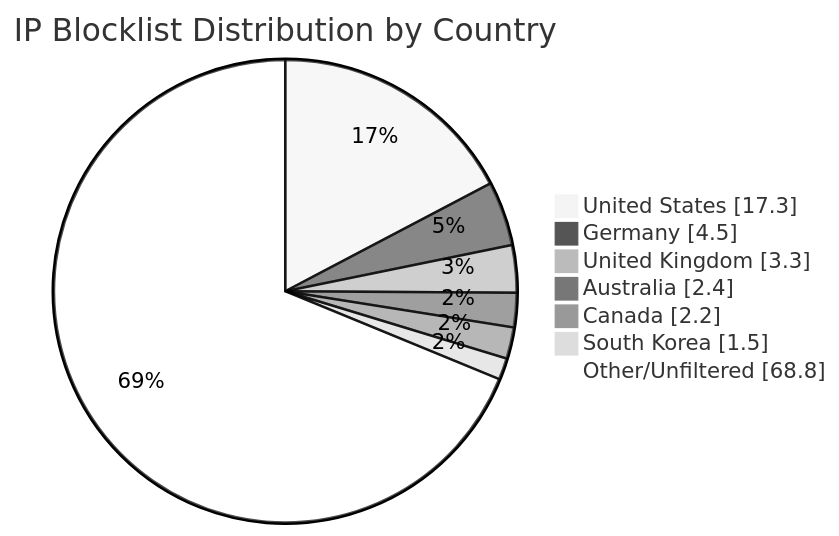
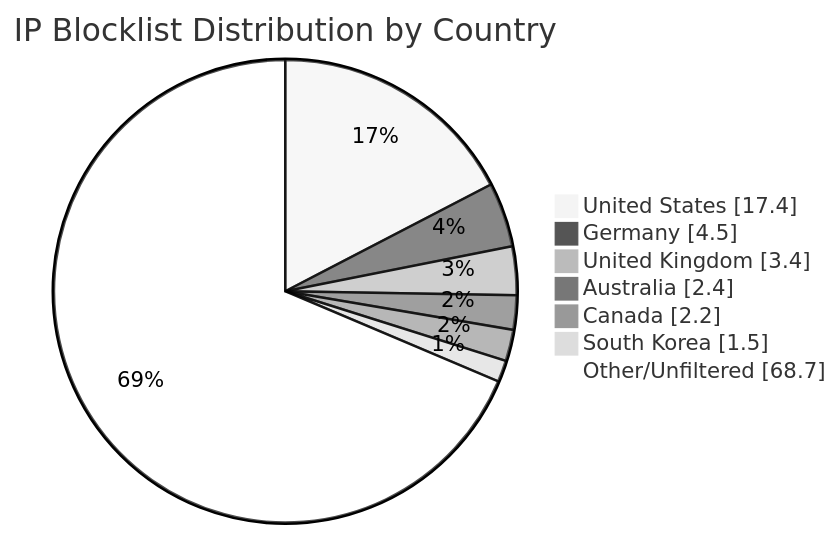
Before and after one commit to MarcusHoltz/ipblocklist-geofiltered-aggregator: the diagram in README.md, drawn with Mermaid (neutral theme). The commit also changed other lines of this file and 9 other files, not shown here.

````diff
--- a/README.md
+++ b/README.md
@@ -34,10 +34,10 @@
 ```mermaid
 pie showData title IP Blocklist Distribution by Country
-"United States" : 17.3
+"United States" : 17.4
 "Germany" : 4.5
-"United Kingdom" : 3.3
+"United Kingdom" : 3.4
 "Australia" : 2.4
 "Canada" : 2.2
 "South Korea" : 1.5
-"Other/Unfiltered" : 68.8
+"Other/Unfiltered" : 68.7
 ```
````
